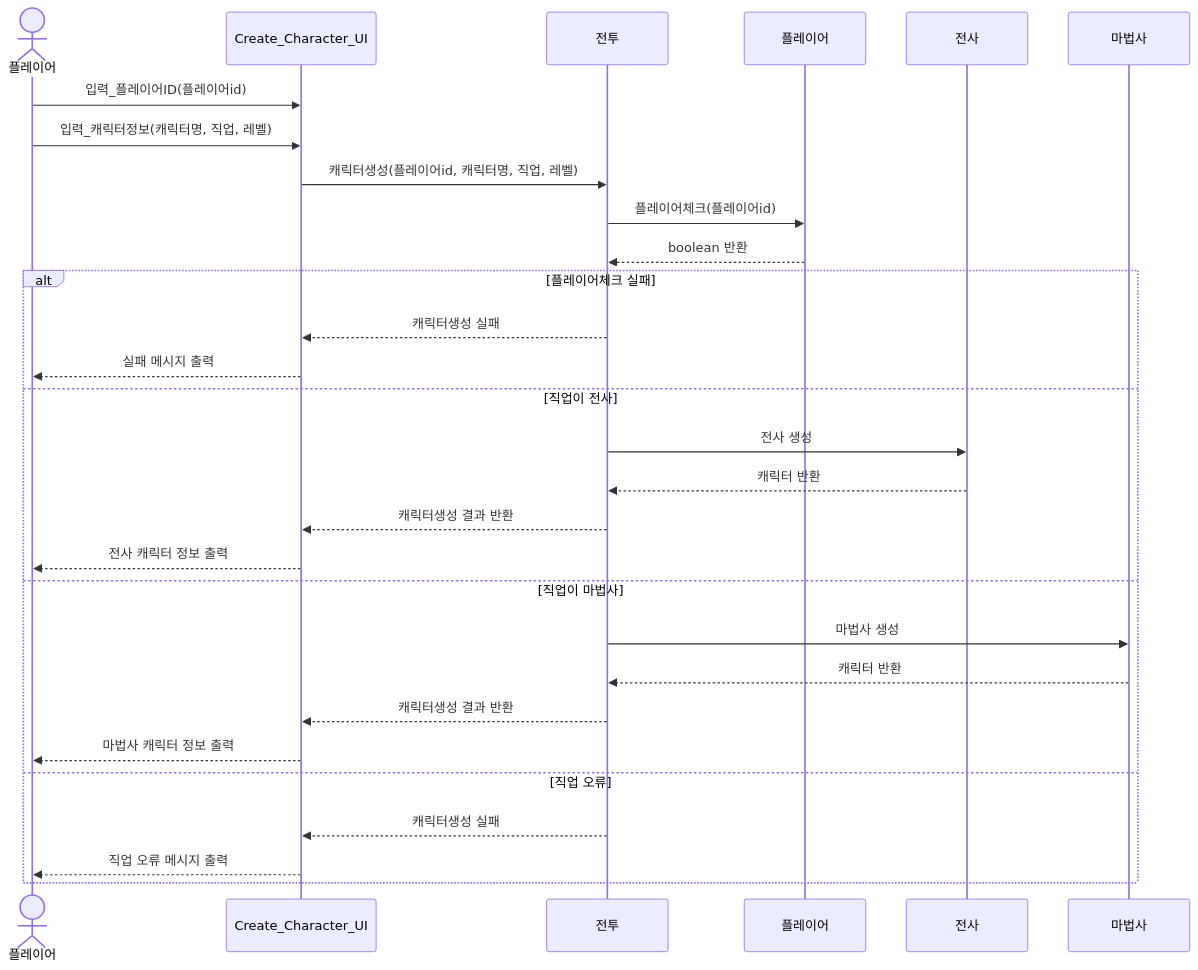
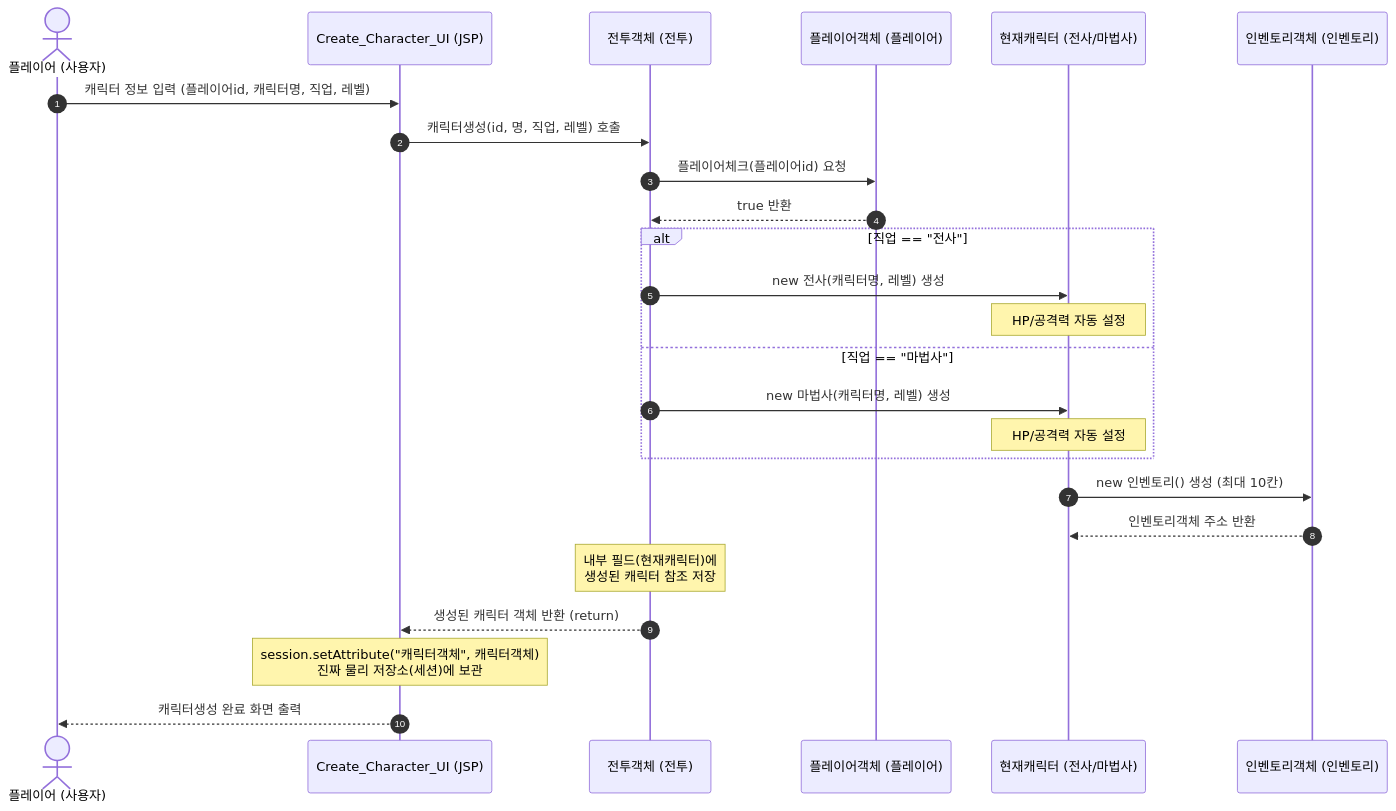
One commit to NJKung45029/DnF_Battle_A_06- changed the diagram in sequenceDiagram_char.md. Above: the diagram before and after it, drawn with Mermaid.

````diff
--- a/sequenceDiagram_char.md
+++ b/sequenceDiagram_char.md
@@ -3,35 +3,39 @@
 ```mermaid
 sequenceDiagram
-    actor 사용자 as 플레이어
-    participant UI as Create_Character_UI
-    participant Battle as 전투
-    participant Player as 플레이어
-    participant Warrior as 전사
-    participant Mage as 마법사
+    autonumber
+    actor Player as 플레이어 (사용자)
+    participant UI as Create_Character_UI (JSP)
+    participant Battle as 전투객체 (전투)
+    participant Chk as 플레이어객체 (플레이어)
+    participant Char as 현재캐릭터 (전사/마법사)
+    participant Inv as 인벤토리객체 (인벤토리)
 
-    사용자->>UI: 입력_플레이어ID(플레이어id)
-    사용자->>UI: 입력_캐릭터정보(캐릭터명, 직업, 레벨)
-
-    UI->>Battle: 캐릭터생성(플레이어id, 캐릭터명, 직업, 레벨)
-
-    Battle->>Player: 플레이어체크(플레이어id)
-    Player-->>Battle: boolean 반환
-
-    alt 플레이어체크 실패
-        Battle-->>UI: 캐릭터생성 실패
-        UI-->>사용자: 실패 메시지 출력
-    else 직업이 전사
-        Battle->>Warrior: 전사 생성
-        Warrior-->>Battle: 캐릭터 반환
-        Battle-->>UI: 캐릭터생성 결과 반환
-        UI-->>사용자: 전사 캐릭터 정보 출력
-    else 직업이 마법사
-        Battle->>Mage: 마법사 생성
-        Mage-->>Battle: 캐릭터 반환
-        Battle-->>UI: 캐릭터생성 결과 반환
-        UI-->>사용자: 마법사 캐릭터 정보 출력
-    else 직업 오류
-        Battle-->>UI: 캐릭터생성 실패
-        UI-->>사용자: 직업 오류 메시지 출력
+    Player ->> UI: 캐릭터 정보 입력 (플레이어id, 캐릭터명, 직업, 레벨)
+    UI ->> Battle: 캐릭터생성(id, 명, 직업, 레벨) 호출
+    
+    %% 플레이어 체크
+    Battle ->> Chk: 플레이어체크(플레이어id) 요청
+    Chk -->> Battle: true 반환
+    
+    %% 전투 클래스 내부에서 캐릭터 생성
+    alt 직업 == "전사"
+        Battle ->> Char: new 전사(캐릭터명, 레벨) 생성
+        note over Char: HP/공격력 자동 설정
+    else 직업 == "마법사"
+        Battle ->> Char: new 마법사(캐릭터명, 레벨) 생성
+        note over Char: HP/공격력 자동 설정
     end
+    
+    %% Composition 관계에 따른 인벤토리 동시 생성
+    Char ->> Inv: new 인벤토리() 생성 (최대 10칸)
+    Inv -->> Char: 인벤토리객체 주소 반환
+    
+    %% 전투 클래스의 속성 구역에 일시 할당
+    Note over Battle: 내부 필드(현재캐릭터)에<br/>생성된 캐릭터 참조 저장
+    
+    Battle -->> UI: 생성된 캐릭터 객체 반환 (return)
+    
+    %% UI(세션)에 저장하는 행위
+    note over UI: session.setAttribute("캐릭터객체", 캐릭터객체)<br/>진짜 물리 저장소(세션)에 보관
+    UI -->> Player: 캐릭터생성 완료 화면 출력
 ```
````
